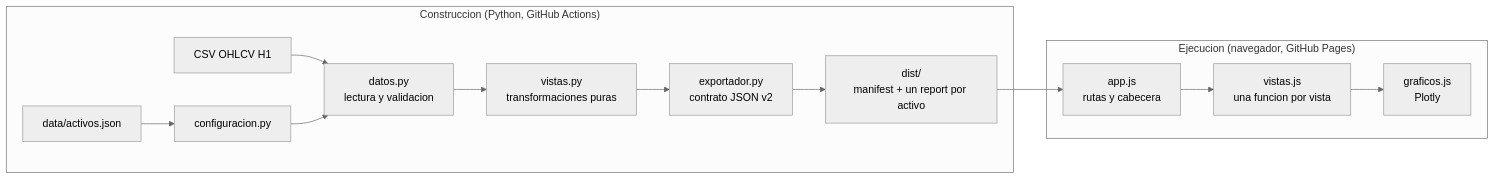
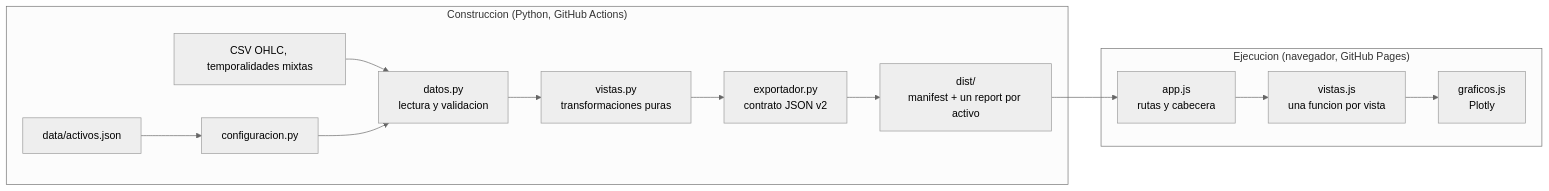
The diagram in README.md (Seggov/seasonal-market-dashboard), drawn with Mermaid (neutral theme) before and after one commit. The commit also changed other lines of this file and 7 other files, not shown here.

````diff
--- a/README.md
+++ b/README.md
@@ -153,17 +163,17 @@
 ```mermaid
 flowchart LR
     subgraph build["Construccion (Python, GitHub Actions)"]
         catalog["data/activos.json"] --> config["configuracion.py"]
-        csv["CSV OHLCV H1"] --> data["datos.py<br/>lectura y validacion"]
+        csv["CSV OHLC, temporalidades mixtas"] --> data["datos.py<br/>lectura y validacion"]
         config --> data
         data --> views["vistas.py<br/>transformaciones puras"]
         views --> export["exportador.py<br/>contrato JSON v2"]
         export --> dist["dist/<br/>manifest + un report por activo"]
     end
 
     subgraph run["Ejecucion (navegador, GitHub Pages)"]
         dist --> app["app.js<br/>rutas y cabecera"]
         app --> vistas["vistas.js<br/>una funcion por vista"]
         vistas --> charts["graficos.js<br/>Plotly"]
     end
 ```
````
